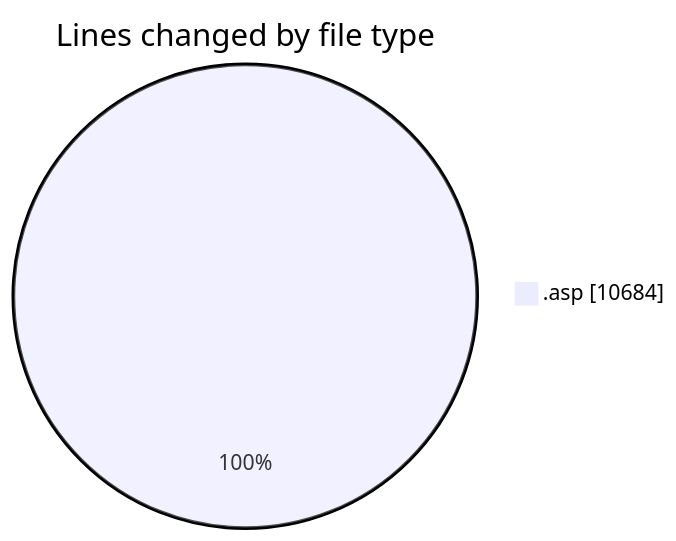
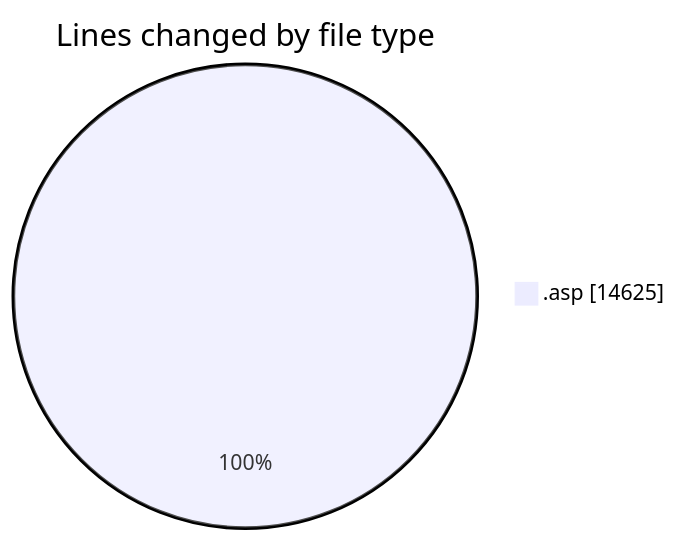
One commit to julien-gomy/code-tracking changed the first of 2 diagrams in 2025-11-18/cdp_aleoudev_fr__workspace_/README.md. Above: the diagram before and after it, drawn with Mermaid. The commit also changed other lines of this file and 1 other file, not shown here.

````diff
--- a/2025-11-18/cdp_aleoudev_fr__workspace_/README.md
+++ b/2025-11-18/cdp_aleoudev_fr__workspace_/README.md
@@ -29,5 +32,5 @@
 ```mermaid
 pie showData
 title Lines changed by file type
-".asp" : 10684
+".asp" : 14625
 ```
````
